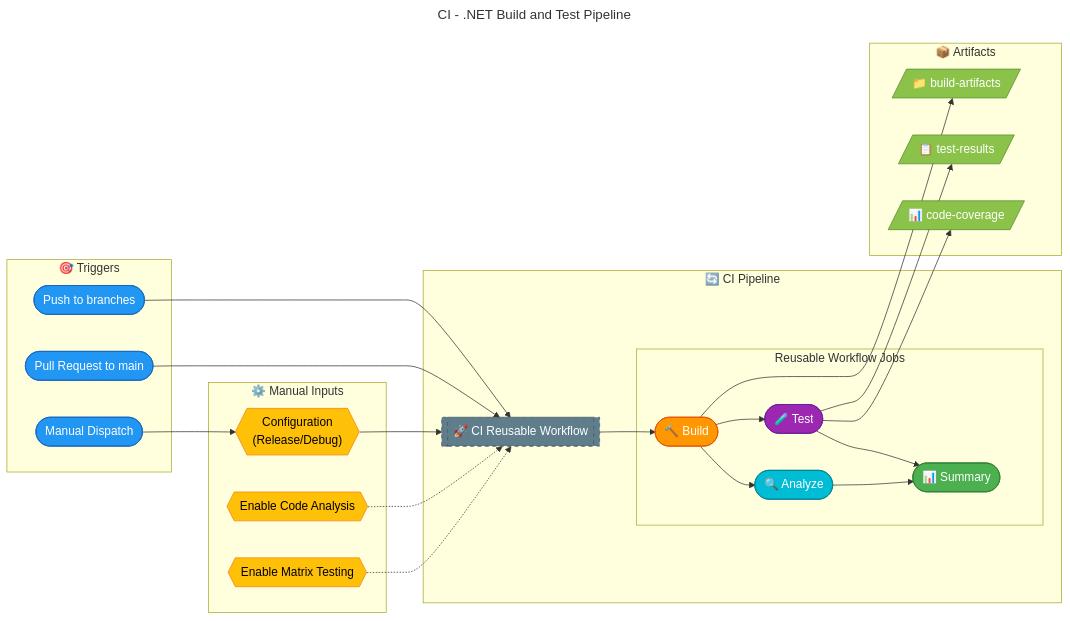
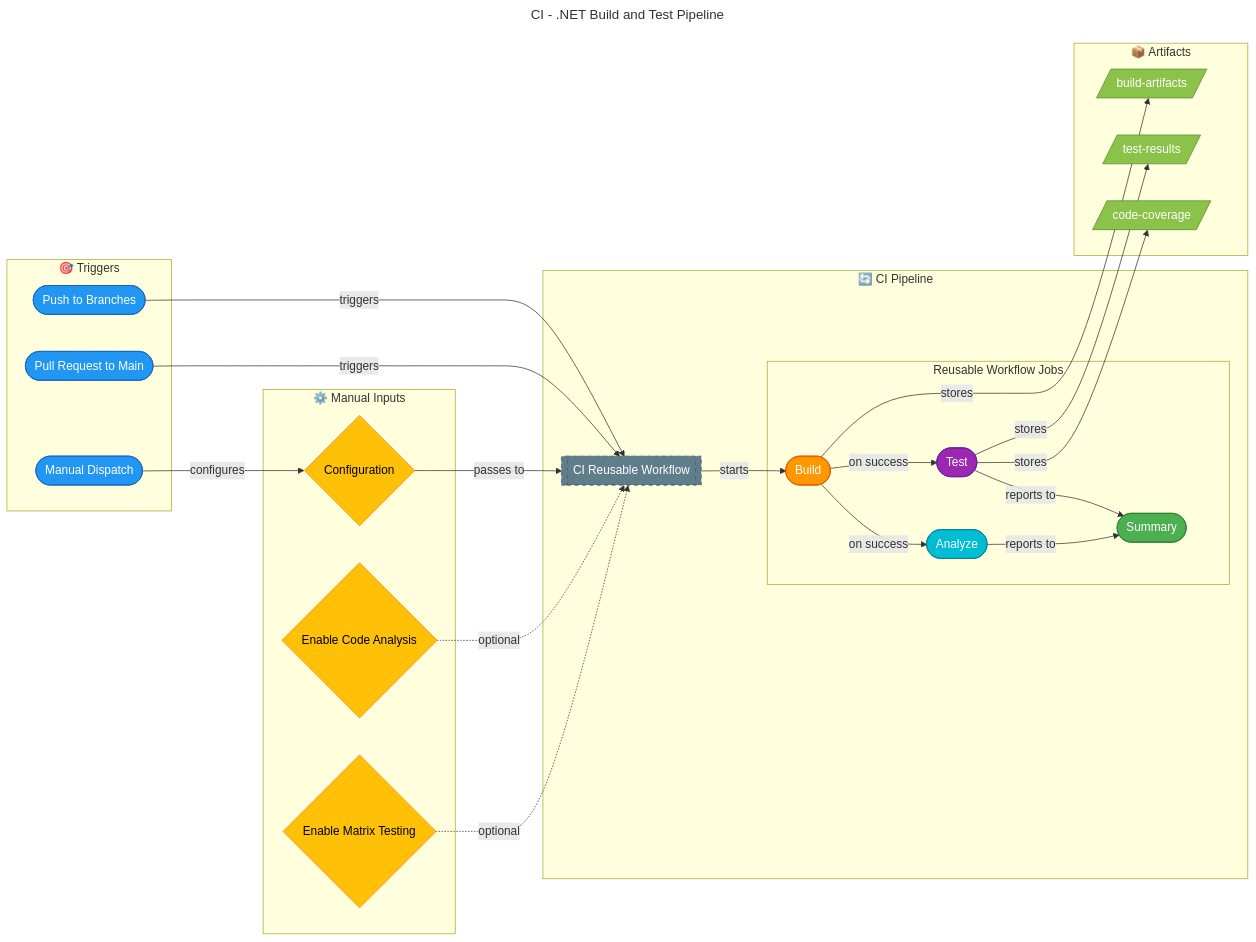
The diagram in docs/devops/ci-dotnet.md (Evilazaro/Azure-LogicApps-Monitoring), drawn with Mermaid before and after one commit. The commit also changed 3 other files, not shown here.

Commit message:
docs: Improve diagram clarity and structure in CI/CD documentation with enhanced labels and organization

```diff
--- a/docs/devops/ci-dotnet.md
+++ b/docs/devops/ci-dotnet.md
@@ -42,65 +42,78 @@
 title: CI - .NET Build and Test Pipeline
 ---
 flowchart LR
-    subgraph Triggers["🎯 Triggers"]
-        push([Push to branches])
-        pr([Pull Request to main])
-        manual([Manual Dispatch])
+    %% ===== TRIGGER EVENTS =====
+    subgraph TriggersGroup["🎯 Triggers"]
+        push(["Push to Branches"])
+        pr(["Pull Request to Main"])
+        manual(["Manual Dispatch"])
     end
 
-    subgraph Inputs["⚙️ Manual Inputs"]
-        config{{"Configuration<br/>(Release/Debug)"}}
-        analysis{{"Enable Code Analysis"}}
-        matrix{{"Enable Matrix Testing"}}
+    %% ===== MANUAL INPUTS =====
+    subgraph InputsGroup["⚙️ Manual Inputs"]
+        config{"Configuration"}
+        analysis{"Enable Code Analysis"}
+        matrix{"Enable Matrix Testing"}
     end
 
-    subgraph CI["🔄 CI Pipeline"]
-        ci_call[["🚀 CI Reusable Workflow"]]
+    %% ===== CI PIPELINE =====
+    subgraph CIPipeline["🔄 CI Pipeline"]
+        ci_call[["CI Reusable Workflow"]]
         
-        subgraph Jobs["Reusable Workflow Jobs"]
-            build(["🔨 Build"])
-            test(["🧪 Test"])
-            analyze(["🔍 Analyze"])
-            summary(["📊 Summary"])
+        subgraph JobsGroup["Reusable Workflow Jobs"]
+            build(["Build"])
+            test(["Test"])
+            analyze(["Analyze"])
+            summary(["Summary"])
         end
     end
 
-    subgraph Artifacts["📦 Artifacts"]
-        build_art[/"📁 build-artifacts"/]
-        test_art[/"📋 test-results"/]
-        cov_art[/"📊 code-coverage"/]
+    %% ===== ARTIFACTS =====
+    subgraph ArtifactsGroup["📦 Artifacts"]
+        build_art[/"build-artifacts"/]
+        test_art[/"test-results"/]
+        cov_art[/"code-coverage"/]
     end
 
-    %% Trigger flow
-    push --> ci_call
-    pr --> ci_call
-    manual --> config
-    config --> ci_call
-    analysis -.-> ci_call
-    matrix -.-> ci_call
+    %% Trigger flow - events initiate pipeline
+    push -->|triggers| ci_call
+    pr -->|triggers| ci_call
+    manual -->|configures| config
+    config -->|passes to| ci_call
+    analysis -.->|optional| ci_call
+    matrix -.->|optional| ci_call
 
-    %% CI flow
-    ci_call --> build
-    build --> test
-    build --> analyze
-    test --> summary
-    analyze --> summary
+    %% CI flow - job execution sequence
+    ci_call -->|starts| build
+    build -->|on success| test
+    build -->|on success| analyze
+    test -->|reports to| summary
+    analyze -->|reports to| summary
 
-    %% Artifact flow
-    build --> build_art
-    test --> test_art
-    test --> cov_art
+    %% Artifact flow - store outputs
+    build -->|stores| build_art
+    test -->|stores| test_art
+    test -->|stores| cov_art
 
-    %% Styling
-    classDef trigger fill:#2196F3,stroke:#1565C0,color:#fff
-    classDef input fill:#FFC107,stroke:#F57F17,color:#000
-    classDef reusable fill:#607D8B,stroke:#455A64,color:#fff,stroke-dasharray: 5 5
-    classDef build fill:#FF9800,stroke:#E65100,color:#fff
-    classDef test fill:#9C27B0,stroke:#6A1B9A,color:#fff
-    classDef analyze fill:#00BCD4,stroke:#00838F,color:#fff
-    classDef summary fill:#4CAF50,stroke:#2E7D32,color:#fff
-    classDef artifact fill:#8BC34A,stroke:#558B2F,color:#fff
+    %% ===== STYLING DEFINITIONS =====
+    %% Triggers: Blue - entry points
+    classDef trigger fill:#2196F3,stroke:#1565C0,color:#FFFFFF
+    %% Inputs: Yellow - user decisions
+    classDef input fill:#FFC107,stroke:#F57F17,color:#000000
+    %% Reusable workflows: Gray dashed - external calls
+    classDef reusable fill:#607D8B,stroke:#455A64,color:#FFFFFF,stroke-dasharray: 5 5
+    %% Build steps: Orange - compilation
+    classDef build fill:#FF9800,stroke:#E65100,color:#FFFFFF
+    %% Test steps: Purple - testing
+    classDef test fill:#9C27B0,stroke:#6A1B9A,color:#FFFFFF
+    %% Analyze steps: Cyan - code analysis
+    classDef analyze fill:#00BCD4,stroke:#00838F,color:#FFFFFF
+    %% Summary: Green - reporting
+    classDef summary fill:#4CAF50,stroke:#2E7D32,color:#FFFFFF
+    %% Artifacts: Light green - stored files
+    classDef artifact fill:#8BC34A,stroke:#558B2F,color:#FFFFFF
 
+    %% Apply styles to nodes
     class push,pr,manual trigger
     class config,analysis,matrix input
     class ci_call reusable
```
